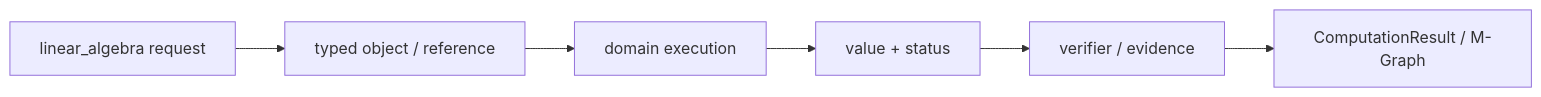
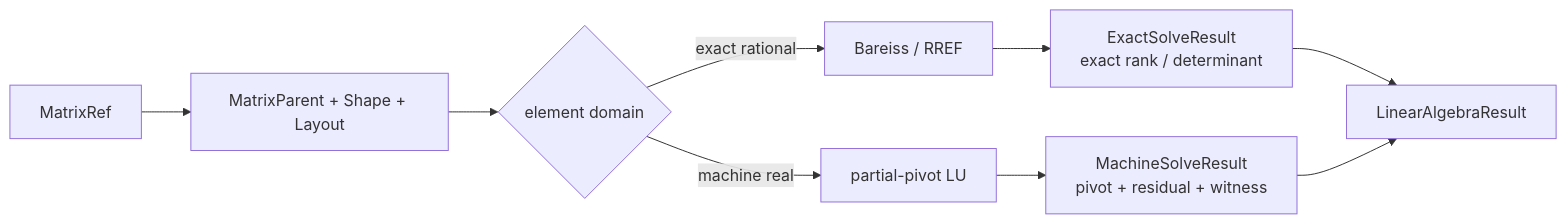
Before and after one commit to ai4waifu/athena.rs: the first of 2 diagrams in projects/athena-engine/src/domains/linear_algebra/readme.md, drawn with Mermaid. The commit also changed other lines of this file and 19 other files, not shown here.

````diff
--- a/projects/athena-engine/src/domains/linear_algebra/readme.md
+++ b/projects/athena-engine/src/domains/linear_algebra/readme.md
@@ -38,8 +5,11 @@
 ```mermaid
 flowchart LR
-    Request["linear_algebra request"] --> Object["typed object / reference"]
-    Object --> Execute["domain execution"]
-    Execute --> Result["value + status"]
-    Result --> Verify["verifier / evidence"]
-    Verify --> Publish["ComputationResult / M-Graph"]
+    Ref[MatrixRef] --> Meta["MatrixParent + Shape + Layout"]
+    Meta --> Domain{element domain}
+    Domain -->|exact rational| Exact["Bareiss / RREF"]
+    Domain -->|machine real| LU["partial-pivot LU"]
+    Exact --> EResult["ExactSolveResult\nexact rank / determinant"]
+    LU --> MResult["MachineSolveResult\npivot + residual + witness"]
+    EResult --> Result[LinearAlgebraResult]
+    MResult --> Result
 ```
````
